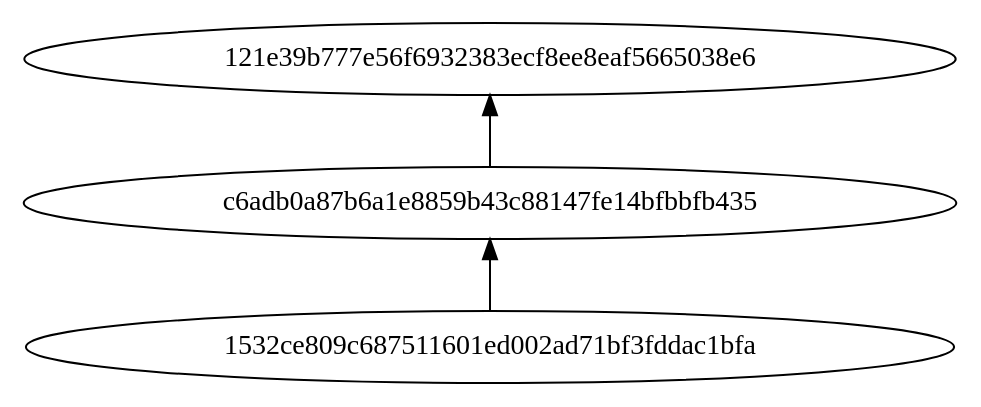
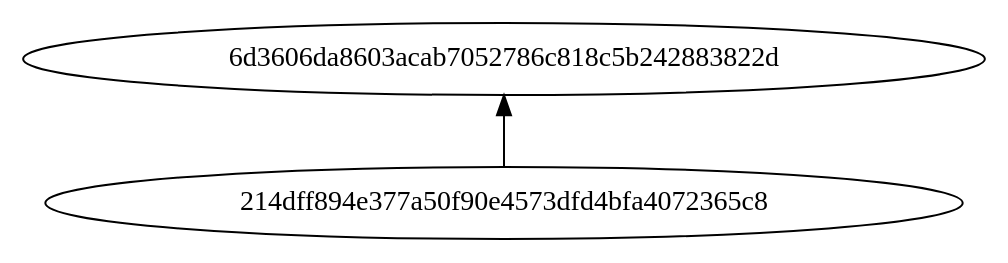
The diagram in task2/output.dot (Mirai588/config_dz), drawn with Graphviz before and after one commit. The commit also changed 1 other file, not shown here.

```diff
--- a/task2/output.dot
+++ b/task2/output.dot
@@ -1,9 +1,7 @@
 // Dependency Graph
 digraph {
 	rankdir=BT
-	"1532ce809c687511601ed002ad71bf3fddac1bfa" [label="1532ce809c687511601ed002ad71bf3fddac1bfa"]
-	c6adb0a87b6a1e8859b43c88147fe14bfbbfb435 [label=c6adb0a87b6a1e8859b43c88147fe14bfbbfb435]
-	"1532ce809c687511601ed002ad71bf3fddac1bfa" -> c6adb0a87b6a1e8859b43c88147fe14bfbbfb435
-	"121e39b777e56f6932383ecf8ee8eaf5665038e6" [label="121e39b777e56f6932383ecf8ee8eaf5665038e6"]
-	c6adb0a87b6a1e8859b43c88147fe14bfbbfb435 -> "121e39b777e56f6932383ecf8ee8eaf5665038e6"
+	"214dff894e377a50f90e4573dfd4bfa4072365c8" [label="214dff894e377a50f90e4573dfd4bfa4072365c8"]
+	"6d3606da8603acab7052786c818c5b242883822d" [label="6d3606da8603acab7052786c818c5b242883822d"]
+	"214dff894e377a50f90e4573dfd4bfa4072365c8" -> "6d3606da8603acab7052786c818c5b242883822d"
 }
```
